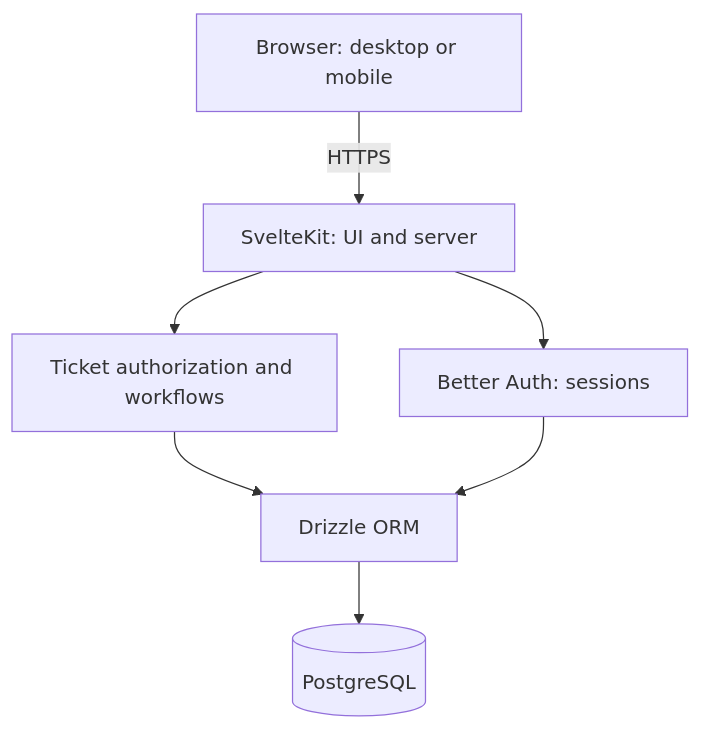
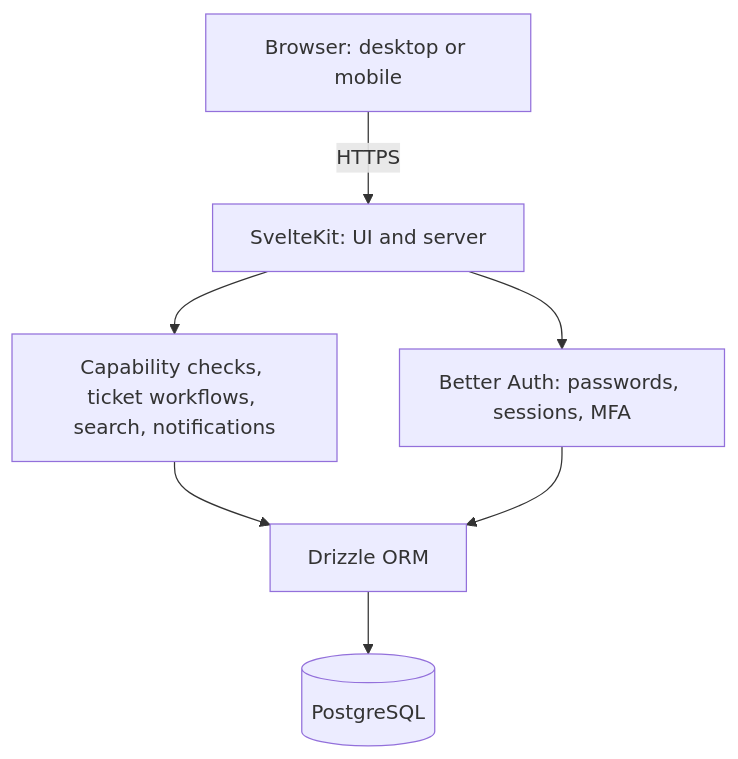
Before and after one commit to Mystery2099/capstone-ticket-system: the diagram in docs/diagrams/system-architecture.mmd, drawn with Mermaid. The commit also changed 4 other files, not shown here.

First line of the commit message:
docs(diagrams): align diagrams with current auth and ticket flows

```diff
--- a/docs/diagrams/system-architecture.mmd
+++ b/docs/diagrams/system-architecture.mmd
@@ -1,7 +1,7 @@
 flowchart TB
   Browser[Browser: desktop or mobile] -->|HTTPS| Kit[SvelteKit: UI and server]
-  Kit --> Auth[Better Auth: sessions]
-  Kit --> Rules[Ticket authorization and workflows]
+  Kit --> Auth[Better Auth: passwords, sessions, MFA]
+  Kit --> Rules[Capability checks, ticket workflows, search, notifications]
   Rules --> ORM[Drizzle ORM]
   Auth --> ORM
   ORM --> DB[(PostgreSQL)]
```
